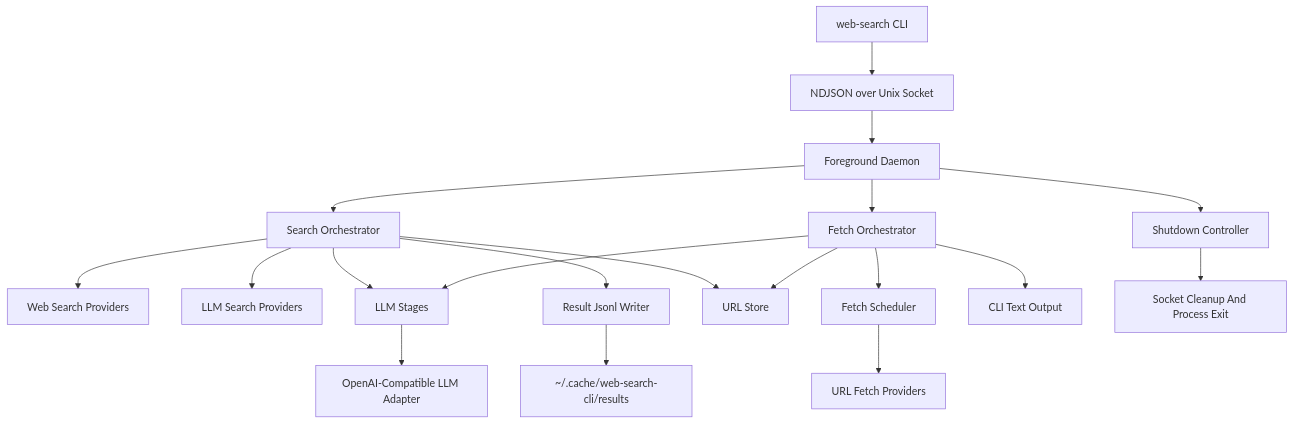
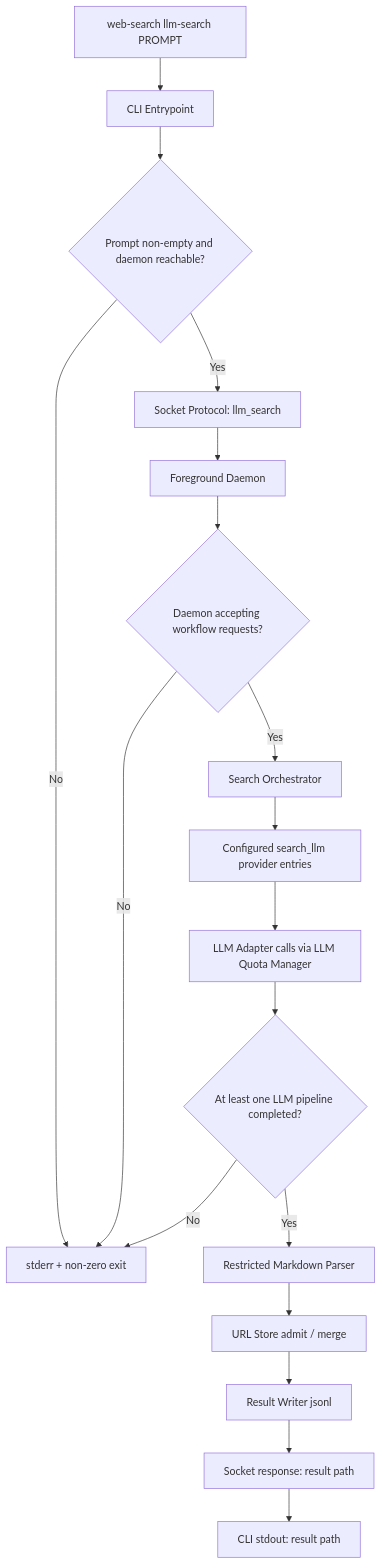
The third of 5 diagrams in docs/designs/architectures/web-search-cli.md (Dingxingdi/temp-web-search), drawn with Mermaid before and after one commit. The commit also changed other lines of this file, not shown here.

````diff
--- a/docs/designs/architectures/web-search-cli.md
+++ b/docs/designs/architectures/web-search-cli.md
@@ -356,21 +397,20 @@
 ```mermaid
 flowchart TD
-    A[web-search CLI] --> B[NDJSON over Unix Socket]
-    B --> C[Foreground Daemon]
-    C --> D[Search Orchestrator]
-    C --> E[Fetch Orchestrator]
-    C --> P[Shutdown Controller]
-    D --> F[Web Search Providers]
-    D --> G[LLM Search Providers]
-    E --> H[Fetch Scheduler]
-    H --> I[URL Fetch Providers]
-    D --> J[LLM Stages]
-    E --> J
-    J --> K[OpenAI-Compatible LLM Adapter]
-    D --> L[URL Store]
-    E --> L
-    D --> M[Result Jsonl Writer]
-    M --> N[~/.cache/web-search-cli/results]
-    E --> O[CLI Text Output]
-    P --> Q[Socket Cleanup And Process Exit]
+    A[web-search llm-search PROMPT] --> B[CLI Entrypoint]
+    B --> C{Prompt non-empty and daemon reachable?}
+    C -->|No| D[stderr + non-zero exit]
+    C -->|Yes| E[Socket Protocol: llm_search]
+    E --> F[Foreground Daemon]
+    F --> G{Daemon accepting workflow requests?}
+    G -->|No| D
+    G -->|Yes| H[Search Orchestrator]
+    H --> I[Configured search_llm provider entries]
+    I --> J[LLM Adapter calls via LLM Quota Manager]
+    J --> K{At least one LLM pipeline completed?}
+    K -->|No| D
+    K -->|Yes| L[Restricted Markdown Parser]
+    L --> M[URL Store admit / merge]
+    M --> N[Result Writer jsonl]
+    N --> O[Socket response: result path]
+    O --> P[CLI stdout: result path]
 ```
````
